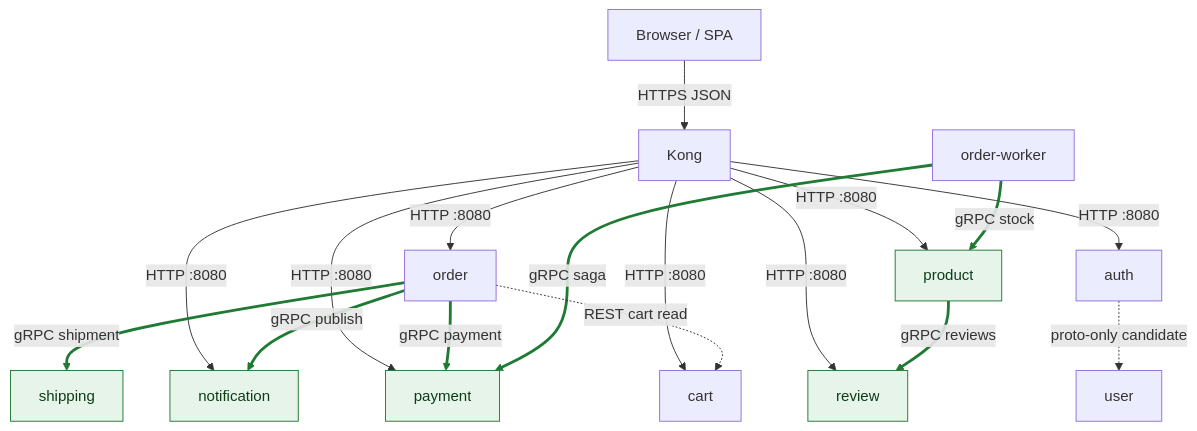
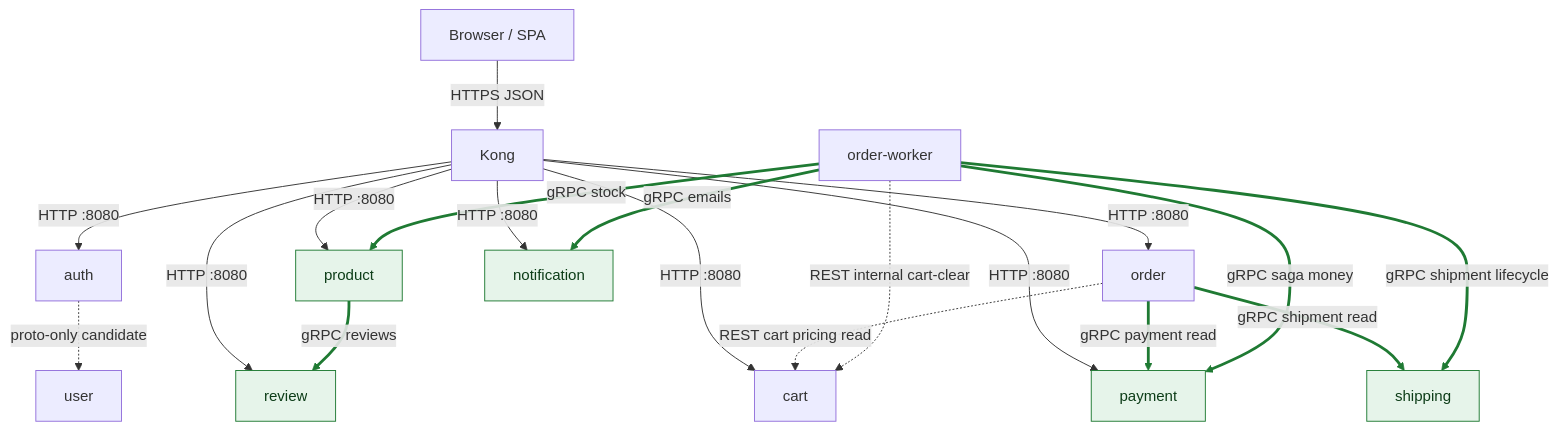
Before and after one commit to duynhlab/homelab: the fifth of 5 diagrams in docs/api/grpc-internal-comms.md, drawn with Mermaid. The commit also changed other lines of this file and 7 other files, not shown here.

````diff
--- a/docs/api/grpc-internal-comms.md
+++ b/docs/api/grpc-internal-comms.md
@@ -388,27 +391,29 @@
 ```mermaid
 flowchart TD
     B[Browser / SPA] -->|HTTPS JSON| K[Kong]
     K -->|HTTP :8080| ORDER[order]
     K -->|HTTP :8080| PRODUCT[product]
     K -->|HTTP :8080| CART[cart]
     K -->|HTTP :8080| AUTH[auth]
     K -->|HTTP :8080| REVIEW[review]
     K -->|HTTP :8080| NOTIF[notification]
     K -->|HTTP :8080| PAYMENT[payment]
 
     %% All east-west hops are gRPC-only (:9090)
-    ORDER ==>|"gRPC shipment"| SHIP[shipping]
+    ORDER ==>|"gRPC shipment read"| SHIP[shipping]
     PRODUCT ==>|"gRPC reviews"| REVIEW
-    ORDER ==>|"gRPC publish"| NOTIF
-    ORDER ==>|"gRPC payment"| PAYMENT
-    WORKER[order-worker] ==>|"gRPC saga"| PAYMENT
+    ORDER ==>|"gRPC payment read"| PAYMENT
+    WORKER[order-worker] ==>|"gRPC saga money"| PAYMENT
     WORKER ==>|"gRPC stock"| PRODUCT
+    WORKER ==>|"gRPC shipment lifecycle"| SHIP
+    WORKER ==>|"gRPC emails"| NOTIF
 
     %% Not migrated / candidate
-    ORDER -. "REST cart read" .-> CART
+    ORDER -. "REST cart pricing read" .-> CART
+    WORKER -. "REST internal cart-clear" .-> CART
     AUTH -. "proto-only candidate" .-> USER[user]
 
-    linkStyle 8,9,10,11,12,13 stroke:#1f7a33,stroke-width:3px
+    linkStyle 8,9,10,11,12,13,14 stroke:#1f7a33,stroke-width:3px
     classDef live fill:#e6f4ea,stroke:#1f7a33,color:#0d3d18
     class SHIP,REVIEW,NOTIF,PAYMENT,PRODUCT live
 ```
````
